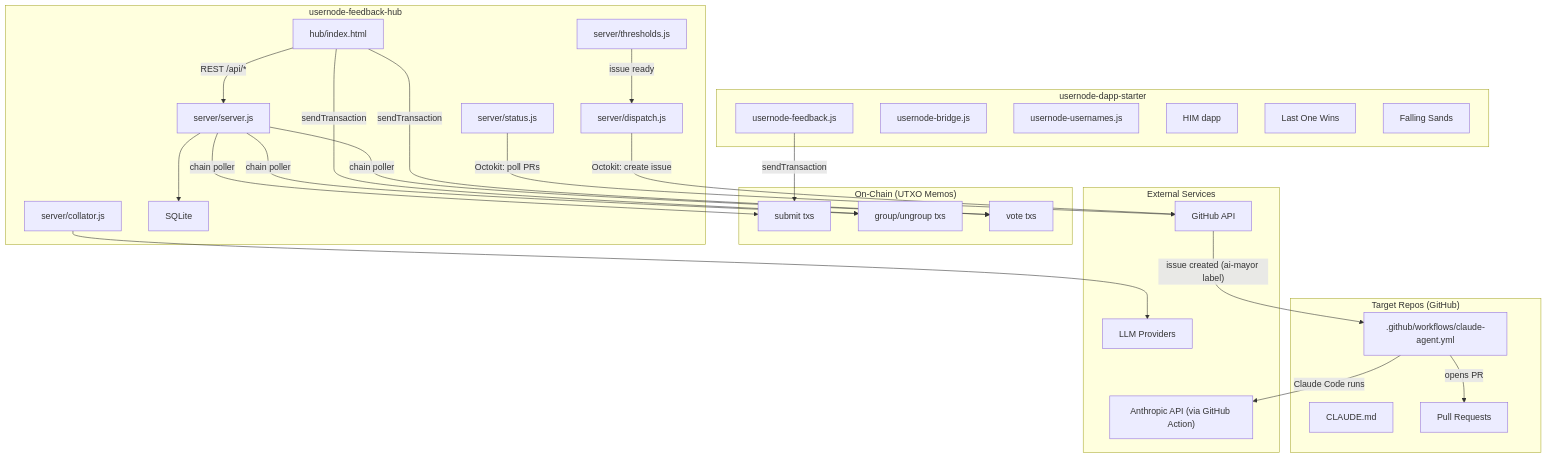
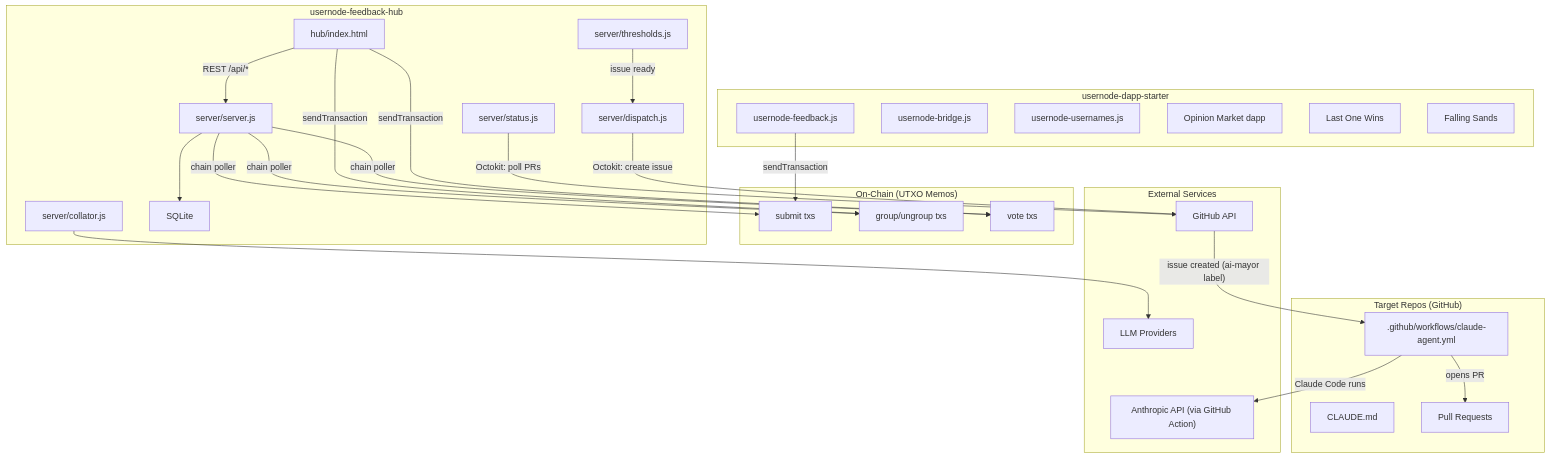
Before and after one commit to Usernode-Labs/usernode-feedback-hub: the diagram in PLAN.md, drawn with Mermaid. The commit also changed other lines of this file and 1 other file, not shown here.

````diff
--- a/PLAN.md
+++ b/PLAN.md
@@ -231,55 +231,55 @@
 ```mermaid
 flowchart TB
   subgraph dappStarter ["usernode-dapp-starter"]
     Widget["usernode-feedback.js"]
     Bridge["usernode-bridge.js"]
     Usernames["usernode-usernames.js"]
-    HIM["HIM dapp"]
+    OM["Opinion Market dapp"]
     LOW["Last One Wins"]
     FS["Falling Sands"]
   end
 
   subgraph chain ["On-Chain (UTXO Memos)"]
     SubmitTx["submit txs"]
     GroupTx["group/ungroup txs"]
     VoteTx["vote txs"]
   end
 
   subgraph feedbackHub ["usernode-feedback-hub"]
     HubDapp["hub/index.html"]
     HubServer["server/server.js"]
     Collator["server/collator.js"]
     Dispatch["server/dispatch.js"]
     Status["server/status.js"]
     Thresholds["server/thresholds.js"]
     DB["SQLite"]
   end
 
   subgraph targetRepos ["Target Repos (GitHub)"]
     Action1[".github/workflows/claude-agent.yml"]
     CLAUDE1["CLAUDE.md"]
     PR1["Pull Requests"]
   end
 
   subgraph external ["External Services"]
     GitHub["GitHub API"]
     LLM["LLM Providers"]
     Anthropic["Anthropic API (via GitHub Action)"]
   end
 
   Widget -->|sendTransaction| SubmitTx
   HubDapp -->|sendTransaction| GroupTx
   HubDapp -->|sendTransaction| VoteTx
   HubDapp -->|"REST /api/*"| HubServer
   HubServer -->|chain poller| SubmitTx
   HubServer -->|chain poller| GroupTx
   HubServer -->|chain poller| VoteTx
   HubServer --> DB
   Dispatch -->|"Octokit: create issue"| GitHub
   Status -->|"Octokit: poll PRs"| GitHub
   Collator --> LLM
   GitHub -->|"issue created (ai-mayor label)"| Action1
   Action1 -->|"Claude Code runs"| Anthropic
   Action1 -->|"opens PR"| PR1
   Thresholds -->|"issue ready"| Dispatch
 ```
````
